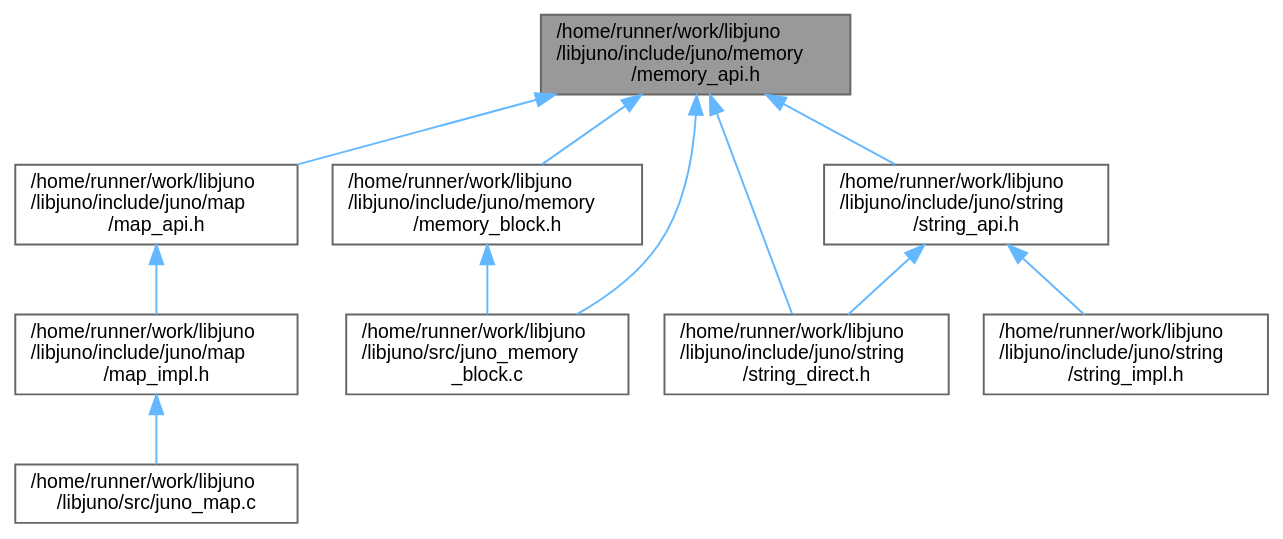
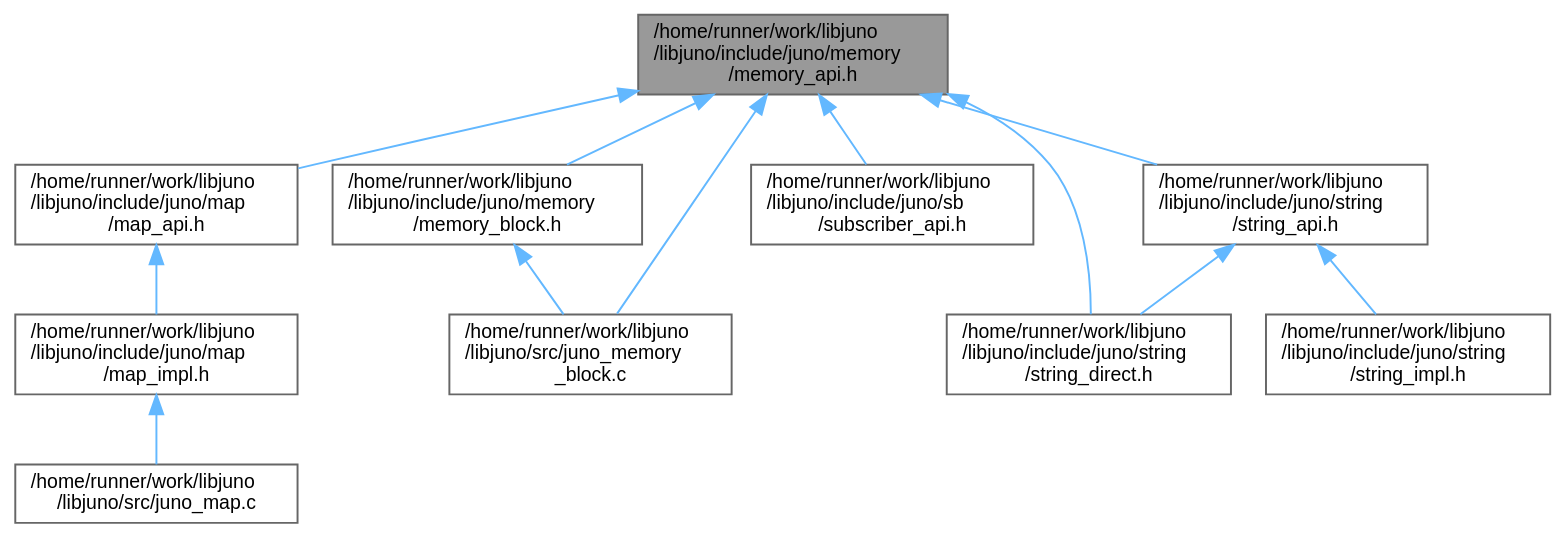
The diagram in memory__api_8h__dep__incl.dot (robinonsay/libjuno), drawn with Graphviz before and after one commit. The commit also changed 227 other files, not shown here.

```diff
--- a/memory__api_8h__dep__incl.dot
+++ b/memory__api_8h__dep__incl.dot
@@ -1,26 +1,28 @@
 digraph "/home/runner/work/libjuno/libjuno/include/juno/memory/memory_api.h"
 {
  // LATEX_PDF_SIZE
   bgcolor="transparent";
   edge [fontname=Helvetica,fontsize=10,labelfontname=Helvetica,labelfontsize=10];
   node [fontname=Helvetica,fontsize=10,shape=box,height=0.2,width=0.4];
   Node1 [id="Node000001",label="/home/runner/work/libjuno\l/libjuno/include/juno/memory\l/memory_api.h",height=0.2,width=0.4,color="gray40", fillcolor="grey60", style="filled", fontcolor="black",tooltip=" "];
   Node1 -> Node2 [id="edge1_Node000001_Node000002",dir="back",color="steelblue1",style="solid",tooltip=" "];
   Node2 [id="Node000002",label="/home/runner/work/libjuno\l/libjuno/include/juno/map\l/map_api.h",height=0.2,width=0.4,color="grey40", fillcolor="white", style="filled",URL="$map__api_8h.html",tooltip=" "];
   Node2 -> Node3 [id="edge2_Node000002_Node000003",dir="back",color="steelblue1",style="solid",tooltip=" "];
   Node3 [id="Node000003",label="/home/runner/work/libjuno\l/libjuno/include/juno/map\l/map_impl.h",height=0.2,width=0.4,color="grey40", fillcolor="white", style="filled",URL="$map__impl_8h.html",tooltip=" "];
   Node3 -> Node4 [id="edge3_Node000003_Node000004",dir="back",color="steelblue1",style="solid",tooltip=" "];
   Node4 [id="Node000004",label="/home/runner/work/libjuno\l/libjuno/src/juno_map.c",height=0.2,width=0.4,color="grey40", fillcolor="white", style="filled",URL="$juno__map_8c.html",tooltip=" "];
   Node1 -> Node5 [id="edge4_Node000001_Node000005",dir="back",color="steelblue1",style="solid",tooltip=" "];
   Node5 [id="Node000005",label="/home/runner/work/libjuno\l/libjuno/include/juno/memory\l/memory_block.h",height=0.2,width=0.4,color="grey40", fillcolor="white", style="filled",URL="$memory__block_8h.html",tooltip=" "];
   Node5 -> Node6 [id="edge5_Node000005_Node000006",dir="back",color="steelblue1",style="solid",tooltip=" "];
   Node6 [id="Node000006",label="/home/runner/work/libjuno\l/libjuno/src/juno_memory\l_block.c",height=0.2,width=0.4,color="grey40", fillcolor="white", style="filled",URL="$juno__memory__block_8c.html",tooltip=" "];
   Node1 -> Node7 [id="edge6_Node000001_Node000007",dir="back",color="steelblue1",style="solid",tooltip=" "];
-  Node7 [id="Node000007",label="/home/runner/work/libjuno\l/libjuno/include/juno/string\l/string_api.h",height=0.2,width=0.4,color="grey40", fillcolor="white", style="filled",URL="$string__api_8h.html",tooltip=" "];
-  Node7 -> Node8 [id="edge7_Node000007_Node000008",dir="back",color="steelblue1",style="solid",tooltip=" "];
-  Node8 [id="Node000008",label="/home/runner/work/libjuno\l/libjuno/include/juno/string\l/string_direct.h",height=0.2,width=0.4,color="grey40", fillcolor="white", style="filled",URL="$string__direct_8h.html",tooltip=" "];
-  Node7 -> Node9 [id="edge8_Node000007_Node000009",dir="back",color="steelblue1",style="solid",tooltip=" "];
-  Node9 [id="Node000009",label="/home/runner/work/libjuno\l/libjuno/include/juno/string\l/string_impl.h",height=0.2,width=0.4,color="grey40", fillcolor="white", style="filled",URL="$string__impl_8h.html",tooltip=" "];
-  Node1 -> Node8 [id="edge9_Node000001_Node000008",dir="back",color="steelblue1",style="solid",tooltip=" "];
-  Node1 -> Node6 [id="edge10_Node000001_Node000006",dir="back",color="steelblue1",style="solid",tooltip=" "];
+  Node7 [id="Node000007",label="/home/runner/work/libjuno\l/libjuno/include/juno/sb\l/subscriber_api.h",height=0.2,width=0.4,color="grey40", fillcolor="white", style="filled",URL="$subscriber__api_8h.html",tooltip=" "];
+  Node1 -> Node8 [id="edge7_Node000001_Node000008",dir="back",color="steelblue1",style="solid",tooltip=" "];
+  Node8 [id="Node000008",label="/home/runner/work/libjuno\l/libjuno/include/juno/string\l/string_api.h",height=0.2,width=0.4,color="grey40", fillcolor="white", style="filled",URL="$string__api_8h.html",tooltip=" "];
+  Node8 -> Node9 [id="edge8_Node000008_Node000009",dir="back",color="steelblue1",style="solid",tooltip=" "];
+  Node9 [id="Node000009",label="/home/runner/work/libjuno\l/libjuno/include/juno/string\l/string_direct.h",height=0.2,width=0.4,color="grey40", fillcolor="white", style="filled",URL="$string__direct_8h.html",tooltip=" "];
+  Node8 -> Node10 [id="edge9_Node000008_Node000010",dir="back",color="steelblue1",style="solid",tooltip=" "];
+  Node10 [id="Node000010",label="/home/runner/work/libjuno\l/libjuno/include/juno/string\l/string_impl.h",height=0.2,width=0.4,color="grey40", fillcolor="white", style="filled",URL="$string__impl_8h.html",tooltip=" "];
+  Node1 -> Node9 [id="edge10_Node000001_Node000009",dir="back",color="steelblue1",style="solid",tooltip=" "];
+  Node1 -> Node6 [id="edge11_Node000001_Node000006",dir="back",color="steelblue1",style="solid",tooltip=" "];
 }
```
